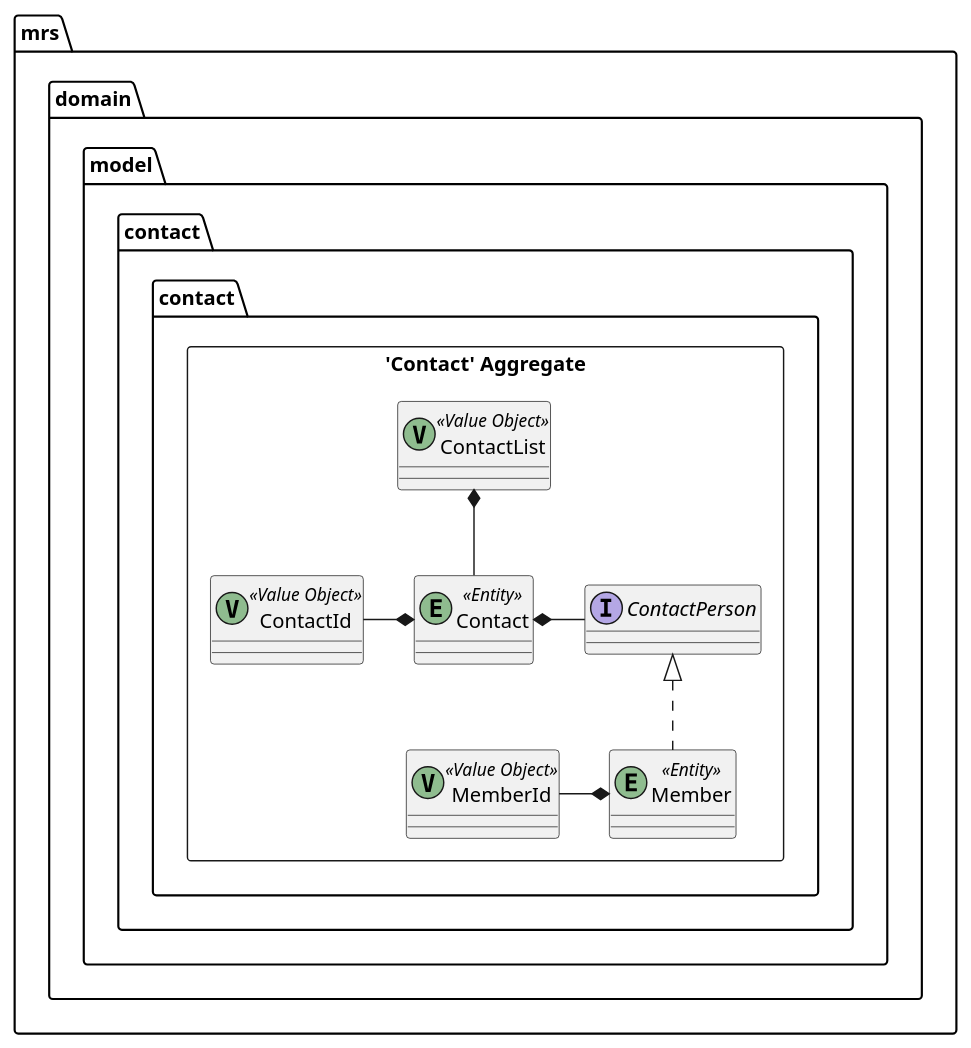
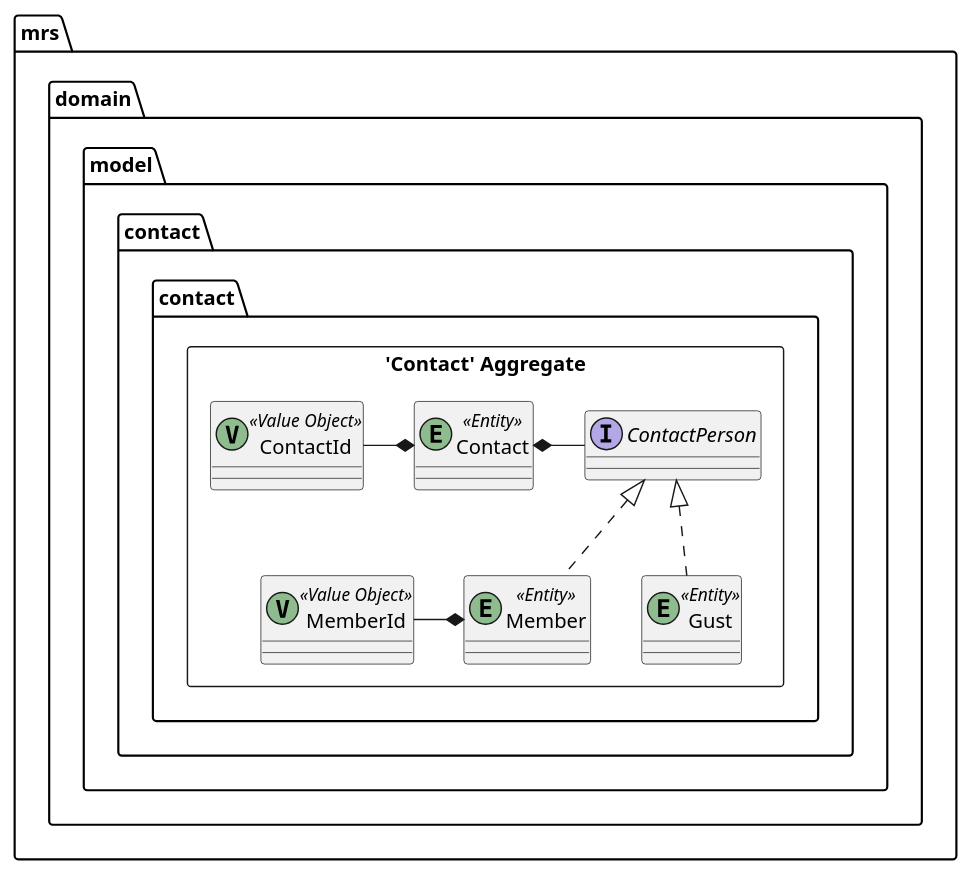
One commit to k2works/case-study-mrs changed diagram 28 of 30 in docs/index.adoc. Above: the diagram before and after it, drawn with PlantUML. The commit also changed other lines of this file and 9 other files, not shown here.

```diff
--- a/docs/index.adoc
+++ b/docs/index.adoc
@@ -838,26 +869,26 @@
 [plantuml]
 ----
 skinparam componentStyle uml2
 
 package mrs.domain.model.contact.contact {
 	package "'Contact' Aggregate" <<Rectangle>> {
 		class Contact <<(E,DarkSeaGreen) Entity>> {
 		}
         Interface ContactPerson {
         }
 		class Member <<(E,DarkSeaGreen) Entity>> {
 		}
+		class Gust <<(E,DarkSeaGreen) Entity>> {
+		}
         class ContactId <<(V,DarkSeaGreen) Value Object>> {
         }
         class MemberId <<(V,DarkSeaGreen) Value Object>> {
         }
-        class ContactList <<(V,DarkSeaGreen) Value Object>> {
-        }
 	}
-    ContactList *-- Contact
     Contact *- ContactPerson
     ContactId -* Contact
     ContactPerson <|.. Member
     MemberId -* Member
+    ContactPerson <|.. Gust
 }
 ----
```
